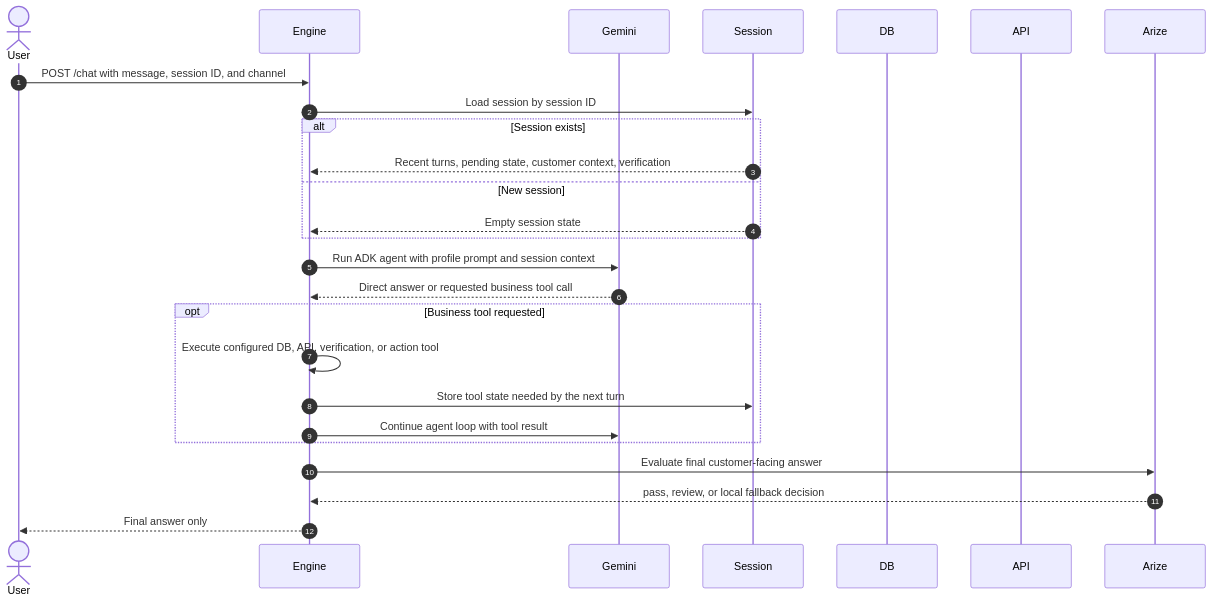
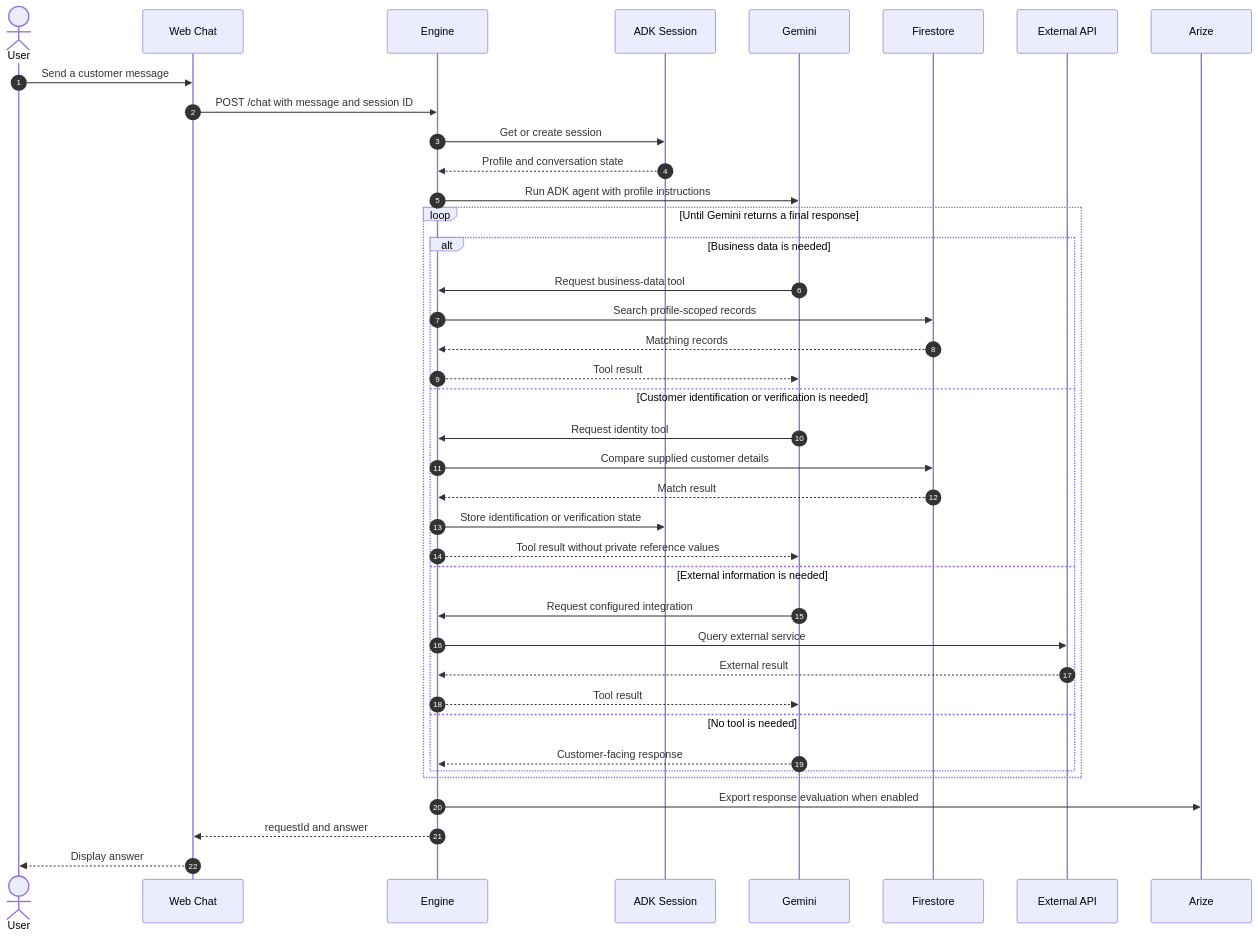
The diagram in docs/solution/sequences/conversation-entry.md (ariefwara/grounded-agentic-ai), drawn with Mermaid before and after one commit. The commit also changed other lines of this file and 17 other files, not shown here.

````diff
--- a/docs/solution/sequences/conversation-entry.md
+++ b/docs/solution/sequences/conversation-entry.md
@@ -3,30 +3,44 @@
 ```mermaid
 sequenceDiagram
     autonumber
     actor User
+    participant Chat as Web Chat
     participant Engine
+    participant Session as ADK Session
     participant Gemini
-    participant Session
-    participant DB
-    participant API
+    participant DB as Firestore
+    participant API as External API
     participant Arize
 
-    User->>Engine: POST /chat with message, session ID, and channel
-    Engine->>Session: Load session by session ID
-    alt Session exists
-        Session-->>Engine: Recent turns, pending state, customer context, verification
-    else New session
-        Session-->>Engine: Empty session state
+    User->>Chat: Send a customer message
+    Chat->>Engine: POST /chat with message and session ID
+    Engine->>Session: Get or create session
+    Session-->>Engine: Profile and conversation state
+    Engine->>Gemini: Run ADK agent with profile instructions
+
+    loop Until Gemini returns a final response
+        alt Business data is needed
+            Gemini->>Engine: Request business-data tool
+            Engine->>DB: Search profile-scoped records
+            DB-->>Engine: Matching records
+            Engine-->>Gemini: Tool result
+        else Customer identification or verification is needed
+            Gemini->>Engine: Request identity tool
+            Engine->>DB: Compare supplied customer details
+            DB-->>Engine: Match result
+            Engine->>Session: Store identification or verification state
+            Engine-->>Gemini: Tool result without private reference values
+        else External information is needed
+            Gemini->>Engine: Request configured integration
+            Engine->>API: Query external service
+            API-->>Engine: External result
+            Engine-->>Gemini: Tool result
+        else No tool is needed
+            Gemini-->>Engine: Customer-facing response
+        end
     end
 
-    Engine->>Gemini: Run ADK agent with profile prompt and session context
-    Gemini-->>Engine: Direct answer or requested business tool call
-    opt Business tool requested
-        Engine->>Engine: Execute configured DB, API, verification, or action tool
-        Engine->>Session: Store tool state needed by the next turn
-        Engine->>Gemini: Continue agent loop with tool result
-    end
-    Engine->>Arize: Evaluate final customer-facing answer
-    Arize-->>Engine: pass, review, or local fallback decision
-    Engine-->>User: Final answer only
+    Engine->>Arize: Export response evaluation when enabled
+    Engine-->>Chat: requestId and answer
+    Chat-->>User: Display answer
 ```
````
